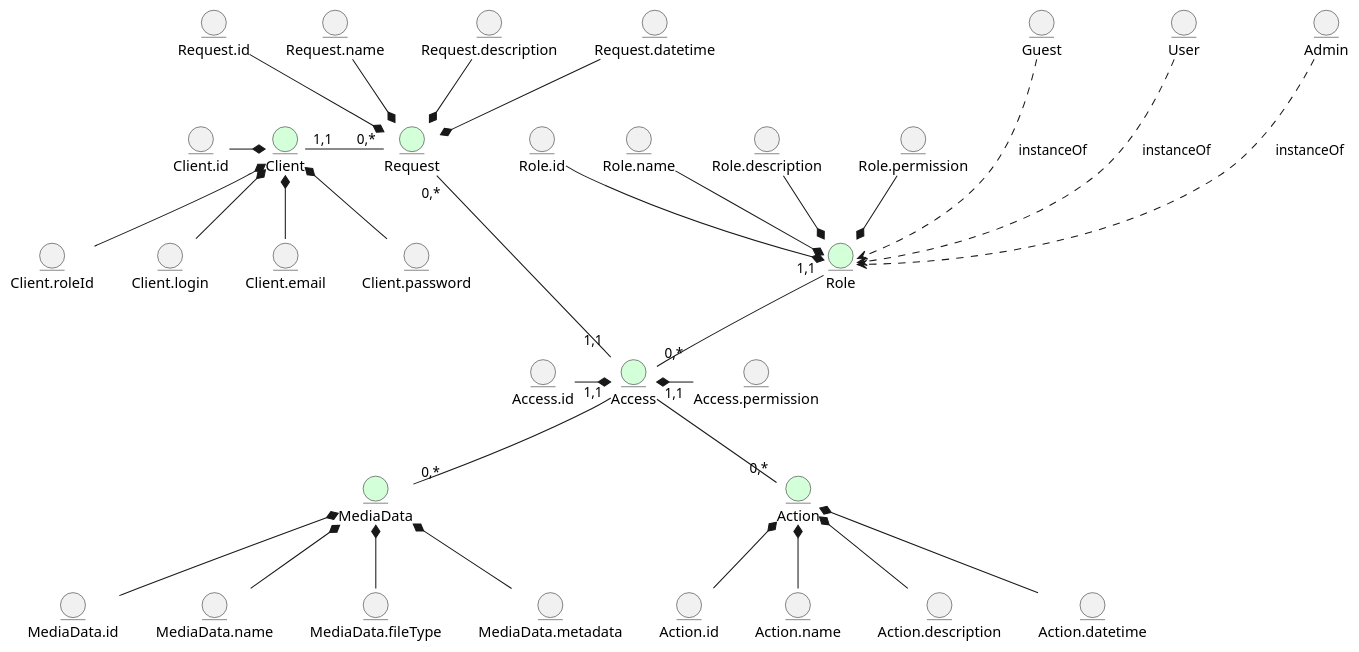
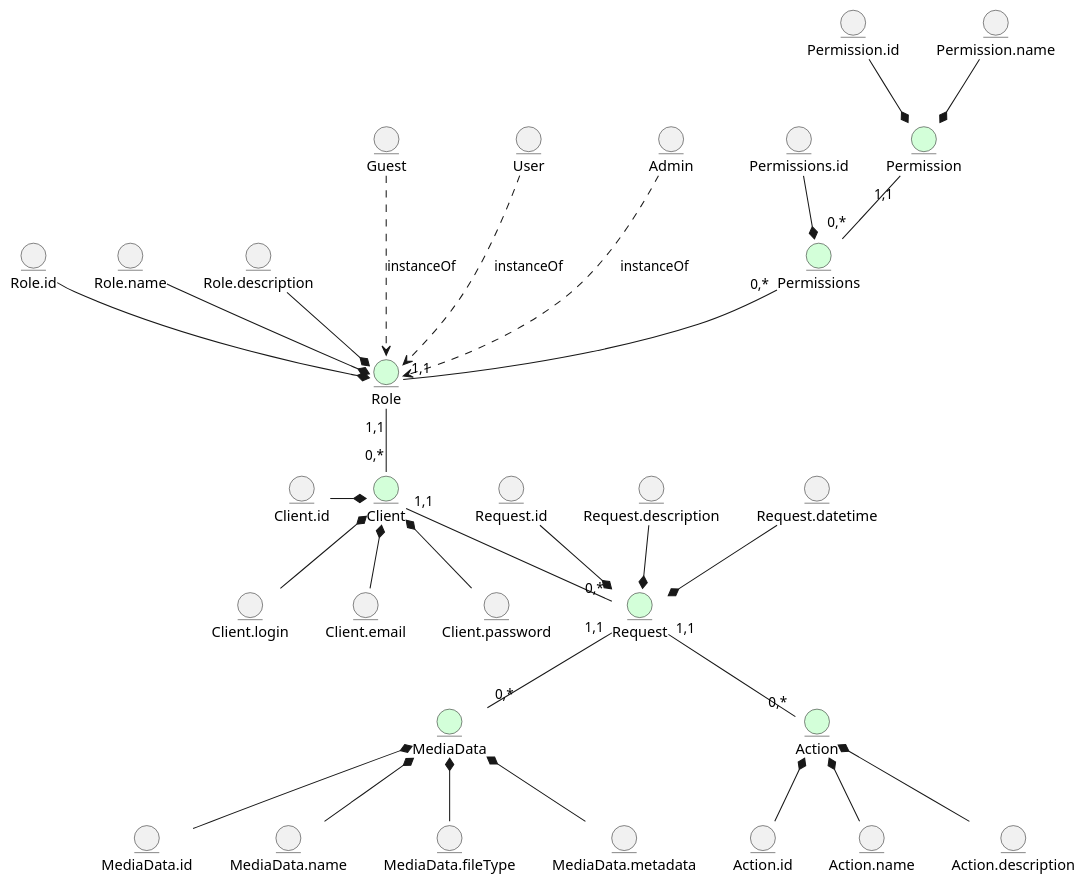
The first of 2 diagrams in docs/design/README.md (nonGratis/retarder-io-23-3-26), drawn with PlantUML before and after one commit. The commit also changed other lines of this file and 5 other files, not shown here.

```diff
--- a/docs/design/README.md
+++ b/docs/design/README.md
@@ -5,80 +5,78 @@
 @startuml
   entity Client #d3ffd9
     entity Client.id
     entity Client.login
     entity Client.email
     entity Client.password
-    entity Client.roleId
 
     Client.id -r-* Client
     Client.login -u-* Client
     Client.email -u-* Client
     Client.password -u-* Client
-    Client.roleId -u-* Client
 
   entity Role #d3ffd9
     entity Role.id
     entity Role.name
     entity Role.description
-    entity Role.permission
 
     Role.id --* Role
     Role.name --* Role
     Role.description --* Role
-    Role.permission --* Role
 
-    entity Guest
-    entity User
-    entity Admin
+  entity Guest
+  entity User
+  entity Admin
 
-    Guest ...> Role : instanceOf
-    User ...> Role : instanceOf
-    Admin ...> Role : instanceOf
+  Guest ...> Role : instanceOf
+  User ...> Role : instanceOf
+  Admin ...> Role : instanceOf
+
+  entity Permissions #d3ffd9
+    entity Permissions.id
+
+    Permissions.id --* Permissions
+
+  entity Permission #d3ffd9
+    entity Permission.id
+    entity Permission.name
+
+    Permission.id --* Permission
+    Permission.name --* Permission
 
   entity Request #d3ffd9
     entity Request.id
-    entity Request.name
     entity Request.description
     entity Request.datetime
   
     Request.id --* Request
-    Request.name --* Request
     Request.description --* Request
     Request.datetime --* Request
-
-  entity Access #d3ffd9
-    entity Access.id
-    entity Access.permission
-
-    Access.id -r-* Access
-    Access.permission -l-* Access
 
   entity Action #d3ffd9
     entity Action.id
     entity Action.name
     entity Action.description
-    entity Action.datetime
 
     Action.id -u-* Action
     Action.name -u-* Action
     Action.description -u-* Action
-    Action.datetime -u-* Action
 
   entity MediaData #d3ffd9
     entity MediaData.id
     entity MediaData.name
     entity MediaData.fileType
     entity MediaData.metadata
 
     MediaData.id -u-* MediaData
     MediaData.name -u-* MediaData
     MediaData.fileType -u-* MediaData
     MediaData.metadata -u-* MediaData
 
-  Client "1,1"-r-"0,*" Request
-  Role "1,1"--"0,*" Access
-  Request "0,*"---"1,1" Access
-  Access "1,1"--"0,*" Action
-  Access "1,1"--"0,*" MediaData
+  Permission "1,1"--"0,*" Permissions
+  Permissions "0,*"--"1,1" Role
+  Role "1,1"--"0,*" Client
+  Client "1,1"--"0,*" Request
+  Request "1,1"--"0,*" Action
+  Request "1,1"--"0,*" MediaData
 
 @enduml
```
